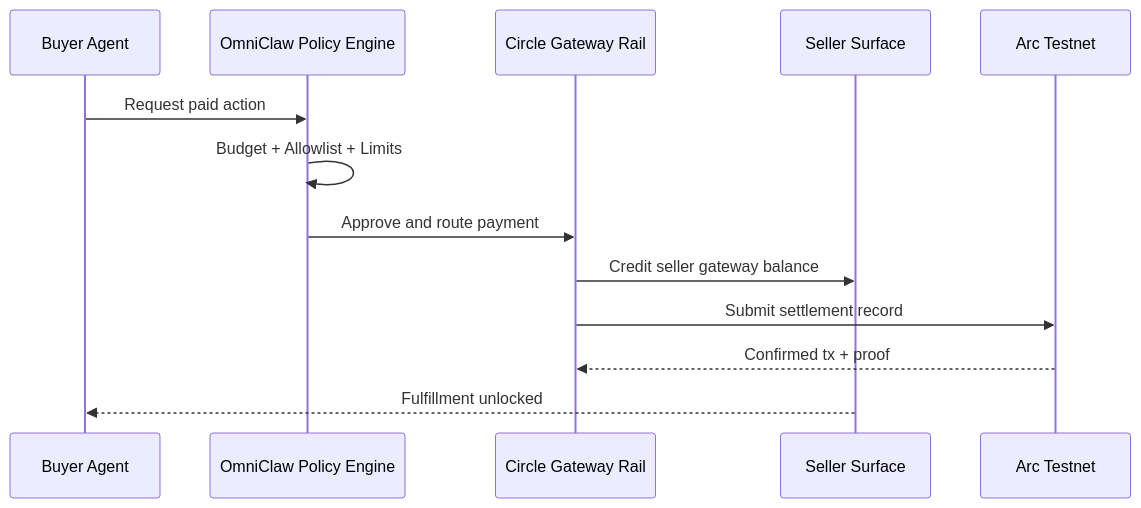
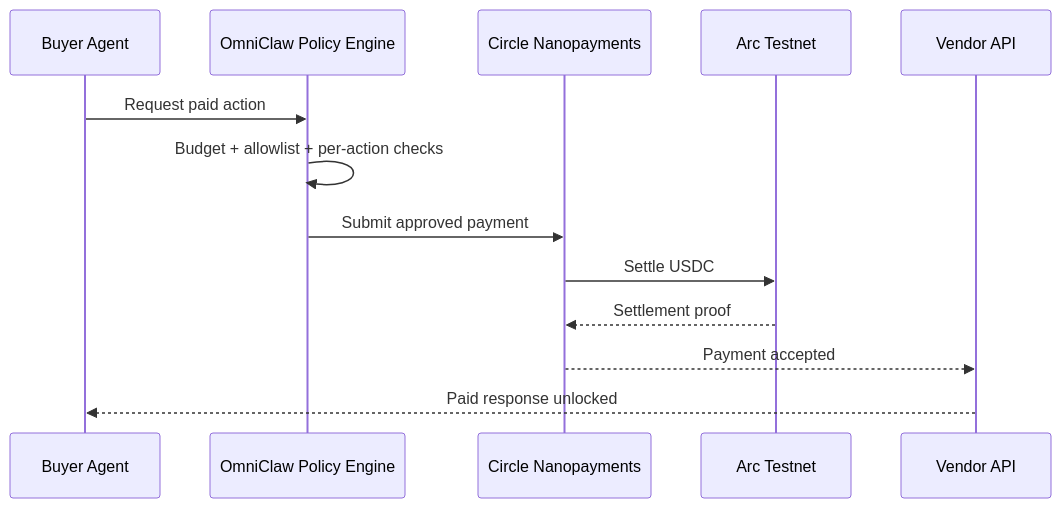
The second of 2 diagrams in README.md (anshitraj/omniclaw-hackathon), drawn with Mermaid before and after one commit. The commit also changed other lines of this file and 22 other files, not shown here.

````diff
--- a/README.md
+++ b/README.md
@@ -49,16 +86,16 @@
 ```mermaid
 sequenceDiagram
     participant Buyer as Buyer Agent
     participant Policy as OmniClaw Policy Engine
-    participant Gateway as Circle Gateway Rail
-    participant Seller as Seller Surface
+    participant Circle as Circle Nanopayments
     participant Arc as Arc Testnet
+    participant Vendor as Vendor API
 
     Buyer->>Policy: Request paid action
-    Policy->>Policy: Budget + Allowlist + Limits
-    Policy->>Gateway: Approve and route payment
-    Gateway->>Seller: Credit seller gateway balance
-    Gateway->>Arc: Submit settlement record
-    Arc-->>Gateway: Confirmed tx + proof
-    Seller-->>Buyer: Fulfillment unlocked
+    Policy->>Policy: Budget + allowlist + per-action checks
+    Policy->>Circle: Submit approved payment
+    Circle->>Arc: Settle USDC
+    Arc-->>Circle: Settlement proof
+    Circle-->>Vendor: Payment accepted
+    Vendor-->>Buyer: Paid response unlocked
 ```
````
